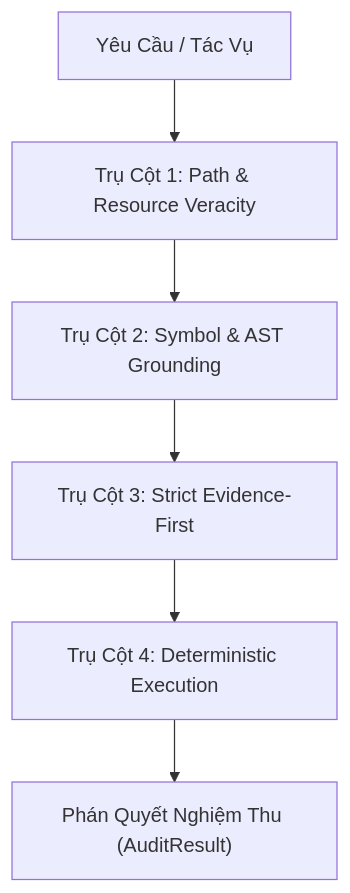
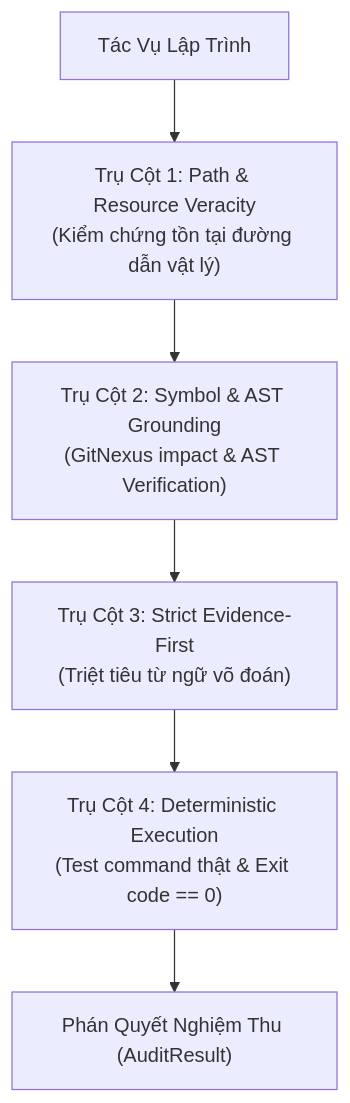
The diagram in plugins/code/skills/anti-hallucination-guard/SKILL.md (sumita-dev/Antigravity-Harness-HuB), drawn with Mermaid before and after one commit. The commit also changed other lines of this file and 6 other files, not shown here.

````diff
--- a/plugins/code/skills/anti-hallucination-guard/SKILL.md
+++ b/plugins/code/skills/anti-hallucination-guard/SKILL.md
@@ -24,8 +24,8 @@
 ```mermaid
 flowchart TD
-    A["Yêu Cầu / Tác Vụ"] --> B["Trụ Cột 1: Path & Resource Veracity"]
-    B --> C["Trụ Cột 2: Symbol & AST Grounding"]
-    C --> D["Trụ Cột 3: Strict Evidence-First"]
-    D --> E["Trụ Cột 4: Deterministic Execution"]
+    A["Tác Vụ Lập Trình"] --> B["Trụ Cột 1: Path & Resource Veracity<br/>(Kiểm chứng tồn tại đường dẫn vật lý)"]
+    B --> C["Trụ Cột 2: Symbol & AST Grounding<br/>(GitNexus impact & AST Verification)"]
+    C --> D["Trụ Cột 3: Strict Evidence-First<br/>(Triệt tiêu từ ngữ võ đoán)"]
+    D --> E["Trụ Cột 4: Deterministic Execution<br/>(Test command thật & Exit code == 0)"]
     E --> F["Phán Quyết Nghiệm Thu (AuditResult)"]
 ```
````
